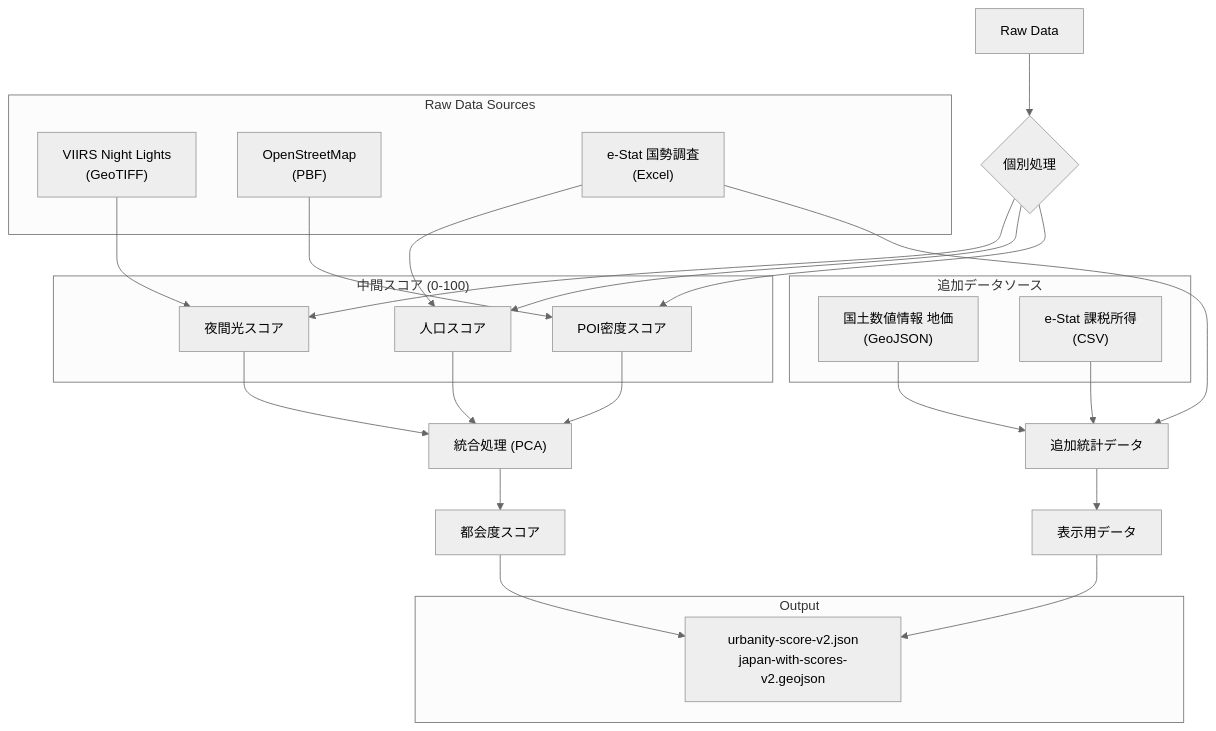
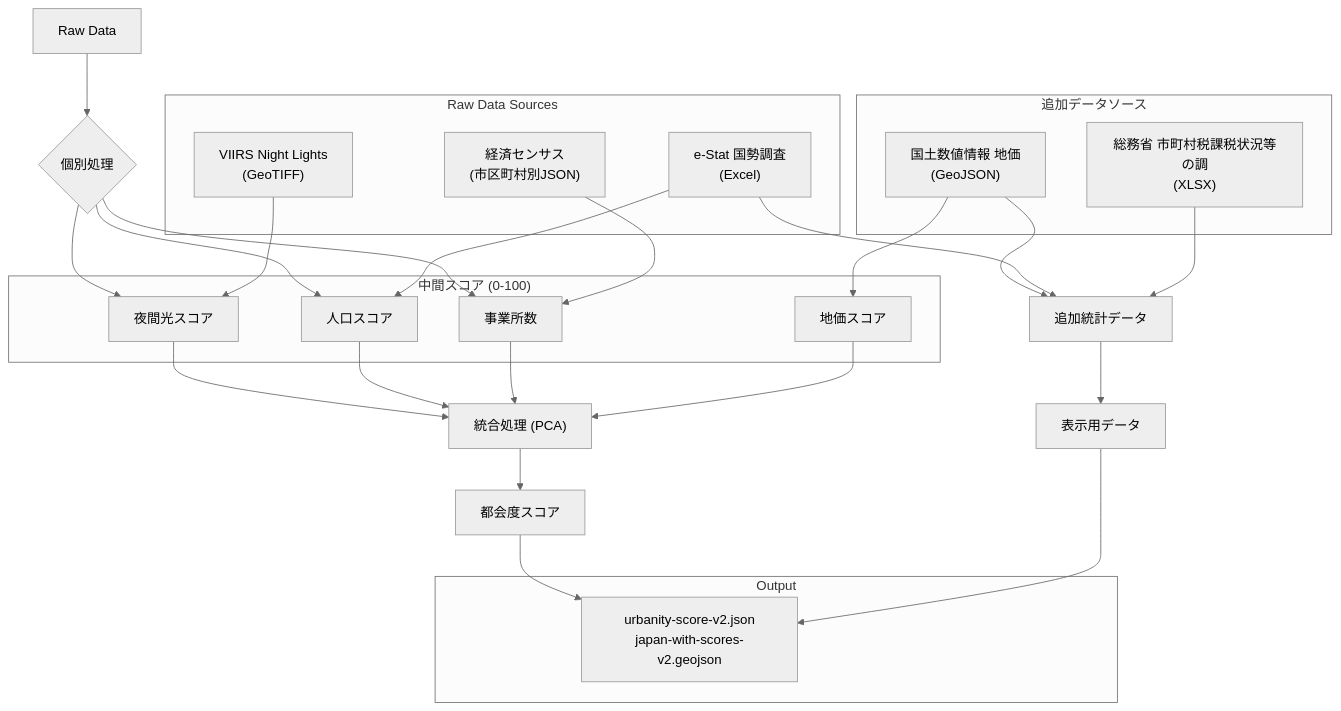
Before and after one commit to snp-model/urbanity-map: the diagram in docs/URBANITY_ALGORITHM.md, drawn with Mermaid (neutral theme). The commit also changed other lines of this file and 33 other files, not shown here.

````diff
--- a/docs/URBANITY_ALGORITHM.md
+++ b/docs/URBANITY_ALGORITHM.md
@@ -19,42 +19,44 @@
 ```mermaid
 graph TD
     A[Raw Data] --> B{個別処理}
     B --> C[夜間光スコア]
     B --> D[人口スコア]
-    B --> E[POI密度スコア]
-    C & D & E --> F["統合処理 (PCA)"]
+    B --> E[事業所数]
+    C & D & E & P --> F["統合処理 (PCA)"]
     F --> G[都会度スコア]
 
     H[追加統計データ] --> I[表示用データ]
     G --> J[最終成果物]
     I --> J
 
     subgraph "Raw Data Sources"
         R1["VIIRS Night Lights<br>(GeoTIFF)"]
-        R3["OpenStreetMap<br>(PBF)"]
+        R3["経済センサス<br>(市区町村別JSON)"]
         S1["e-Stat 国勢調査<br>(Excel)"]
     end
 
     subgraph "追加データソース"
         S1
         S2["国土数値情報 地価<br>(GeoJSON)"]
-        S3["e-Stat 課税所得<br>(CSV)"]
+        S3["総務省 市町村税課税状況等の調<br>(XLSX)"]
     end
 
     subgraph "中間スコア (0-100)"
         C
         D
         E
+        P[地価スコア]
     end
 
     subgraph "Output"
         J[urbanity-score-v2.json<br>japan-with-scores-v2.geojson]
     end
 
     R1 --> C
     S1 --> D
     R3 --> E
+    S2 --> P
+    S2 --> H
     S1 --> H
-    S2 --> H
     S3 --> H
 ```
````
